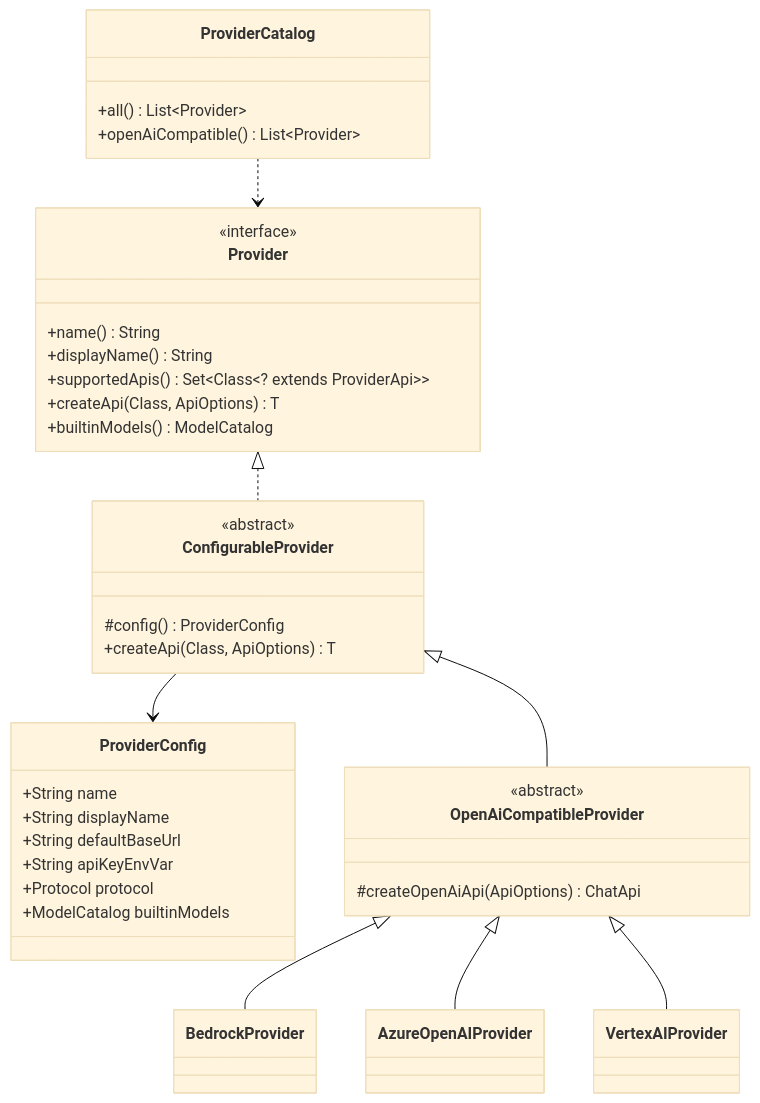
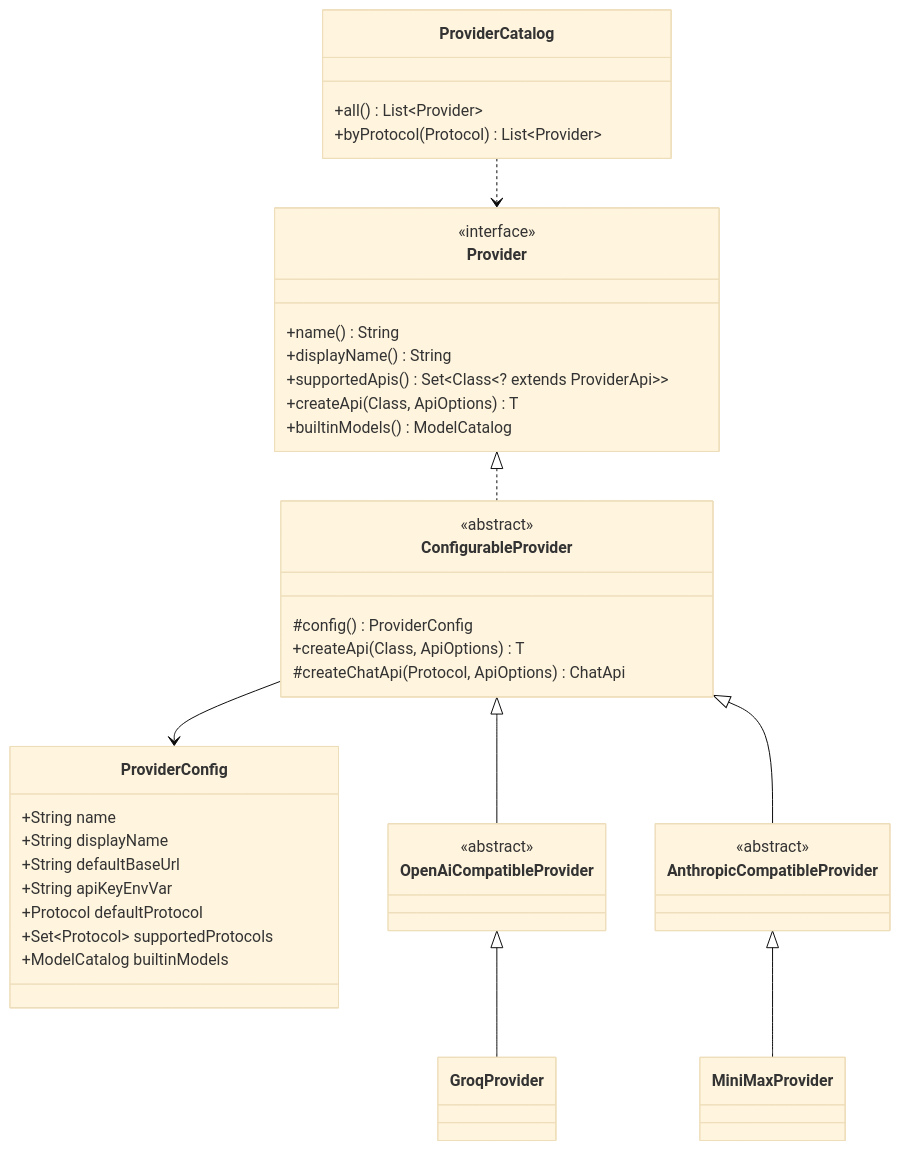
One commit to liangxingguang/pi-java changed the second of 11 diagrams in docs/11-phase6-ecosystem-design.md. Above: the diagram before and after it, drawn with Mermaid (base theme). The commit also changed other lines of this file and 1 other file, not shown here.

````diff
--- a/docs/11-phase6-ecosystem-design.md
+++ b/docs/11-phase6-ecosystem-design.md
@@ -101,43 +105,46 @@
 ```mermaid
 classDiagram
     class Provider {
         <<interface>>
         +name() String
         +displayName() String
         +supportedApis() Set~Class~? extends ProviderApi~~
         +createApi(Class, ApiOptions) T
         +builtinModels() ModelCatalog
     }
     class ProviderConfig {
         +String name
         +String displayName
         +String defaultBaseUrl
         +String apiKeyEnvVar
-        +Protocol protocol
+        +Protocol defaultProtocol
+        +Set~Protocol~ supportedProtocols
         +ModelCatalog builtinModels
     }
     class ConfigurableProvider {
         <<abstract>>
         #config() ProviderConfig
         +createApi(Class, ApiOptions) T
+        #createChatApi(Protocol, ApiOptions) ChatApi
     }
     class OpenAiCompatibleProvider {
         <<abstract>>
-        #createOpenAiApi(ApiOptions) ChatApi
     }
-    class BedrockProvider
-    class AzureOpenAIProvider
-    class VertexAIProvider
+    class AnthropicCompatibleProvider {
+        <<abstract>>
+    }
+    class GroqProvider
+    class MiniMaxProvider
     class ProviderCatalog {
         +all() List~Provider~
-        +openAiCompatible() List~Provider~
+        +byProtocol(Protocol) List~Provider~
     }
 
     Provider <|.. ConfigurableProvider
     ConfigurableProvider <|-- OpenAiCompatibleProvider
-    OpenAiCompatibleProvider <|-- BedrockProvider
-    OpenAiCompatibleProvider <|-- AzureOpenAIProvider
-    OpenAiCompatibleProvider <|-- VertexAIProvider
+    ConfigurableProvider <|-- AnthropicCompatibleProvider
+    OpenAiCompatibleProvider <|-- GroqProvider
+    AnthropicCompatibleProvider <|-- MiniMaxProvider
     ConfigurableProvider --> ProviderConfig
     ProviderCatalog ..> Provider
 ```
````
